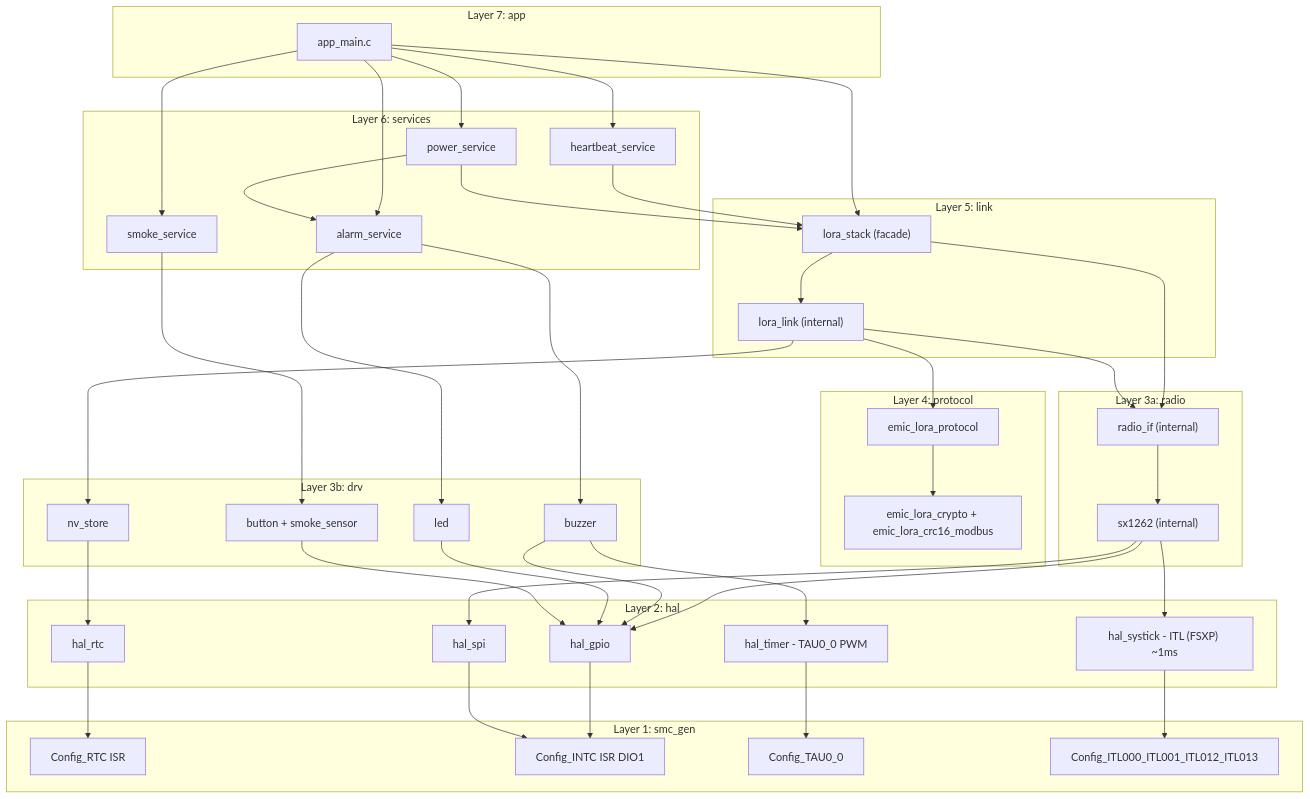
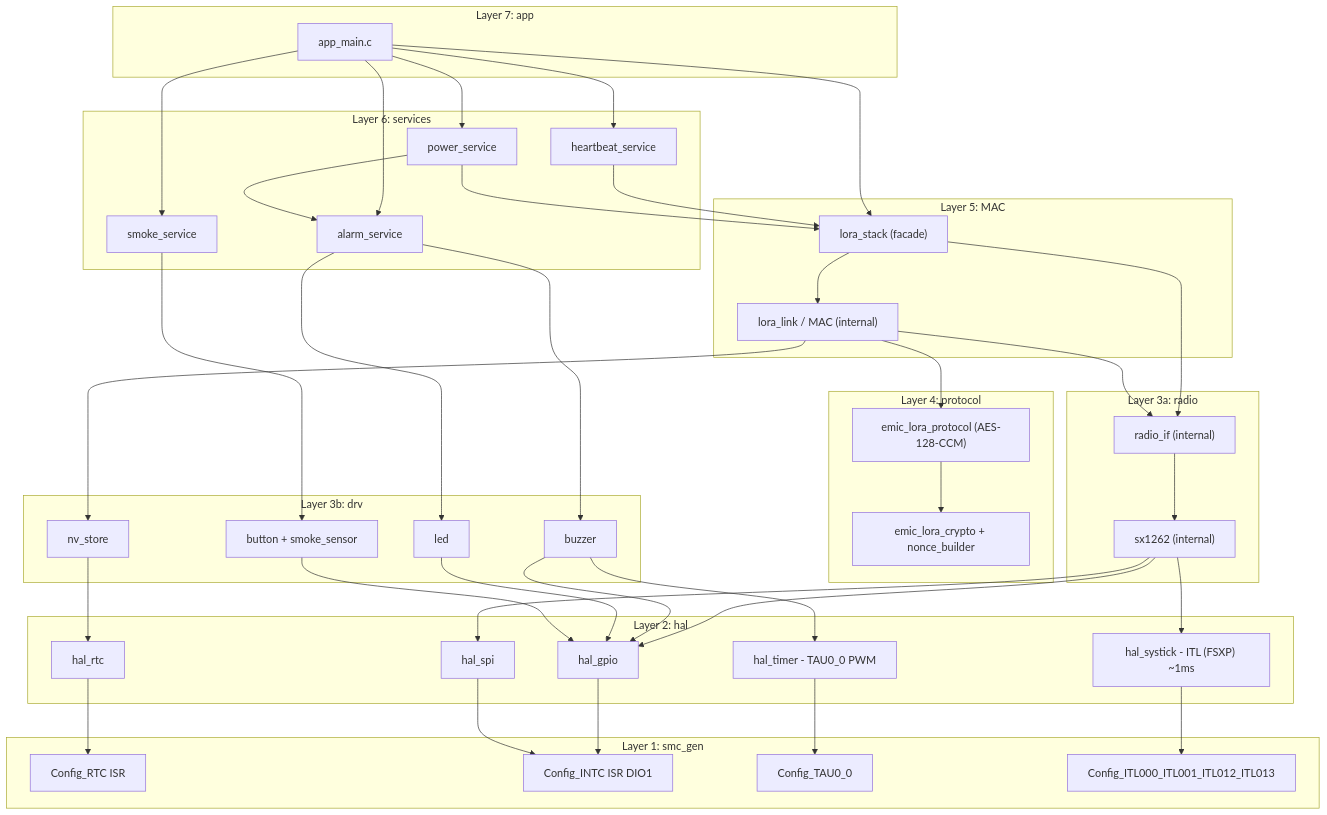
The first of 8 diagrams in EMIC_LORA_PROTOCOL/docs/layer_call_flow.md (vuvantruong120896/emic_lora_protocol), drawn with Mermaid before and after one commit. The commit also changed other lines of this file and 4 other files, not shown here.

First line of the commit message:
docs: standardize terminology & references (MAC layer, AES-128-CCM, anti-replay)

```diff
--- a/EMIC_LORA_PROTOCOL/docs/layer_call_flow.md
+++ b/EMIC_LORA_PROTOCOL/docs/layer_call_flow.md
@@ -21,14 +26,14 @@
     S4["power_service"]
   end
 
-  subgraph LINK[Layer 5: link]
+  subgraph LINK[Layer 5: MAC]
     L0["lora_stack (facade)"]
-    L1["lora_link (internal)"]
+    L1["lora_link / MAC (internal)"]
   end
 
   subgraph PROTO[Layer 4: protocol]
-    P1["emic_lora_protocol"]
-    P2["emic_lora_crypto + emic_lora_crc16_modbus"]
+    P1["emic_lora_protocol (AES-128-CCM)"]
+    P2["emic_lora_crypto + nonce_builder"]
   end
 
   subgraph RADIO[Layer 3a: radio]
```
